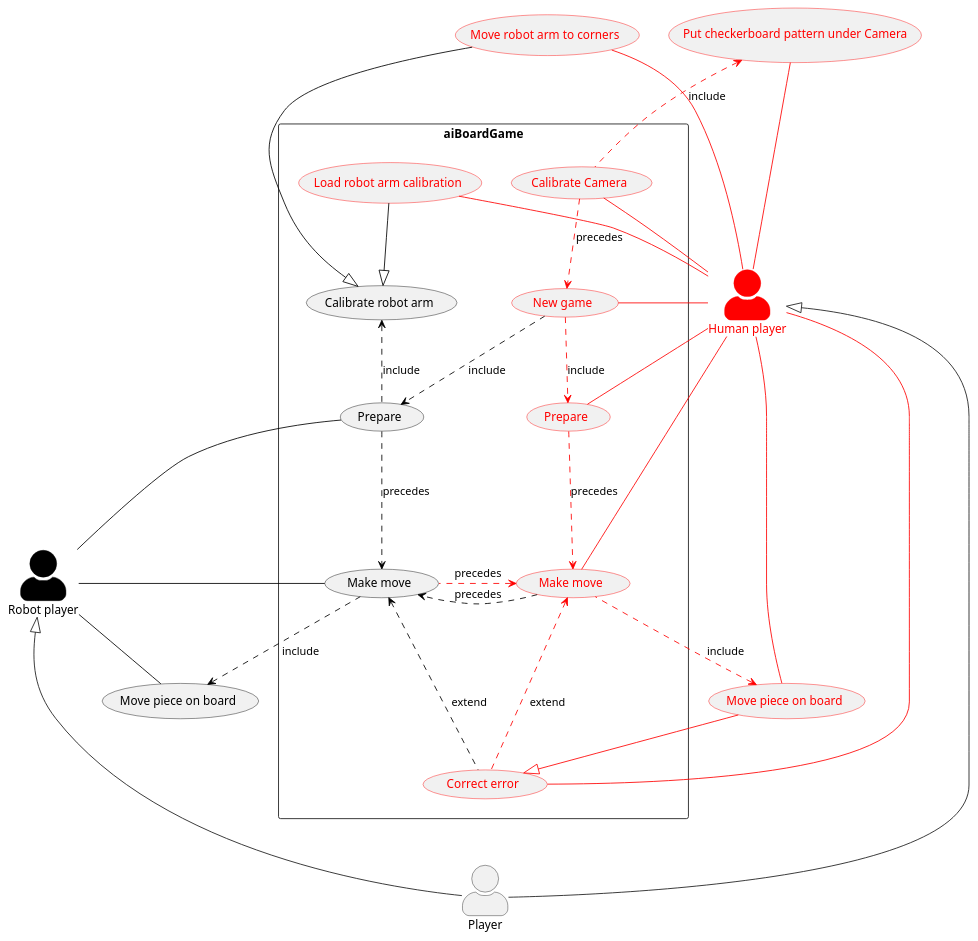
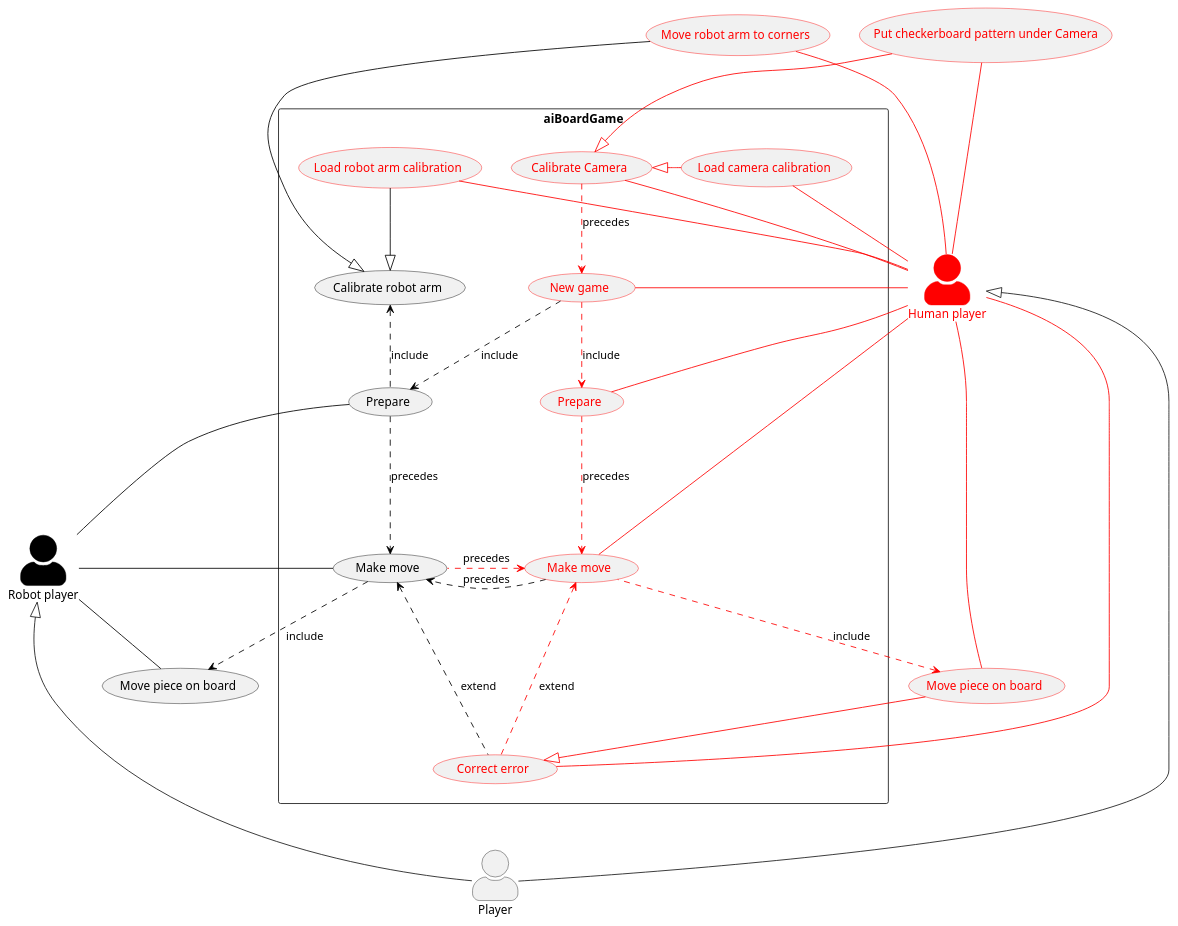
Before and after one commit to Menta25/AI-boardgame: the diagram in docs/uml/usecase.plantuml, drawn with PlantUML. The commit also changed 2 other files, not shown here.

```diff
--- a/docs/uml/usecase.plantuml
+++ b/docs/uml/usecase.plantuml
@@ -1,84 +1,87 @@
 @startuml Usecase Diagram
 
 skinparam actorStyle awesome
 ' left to right direction
 
 
 actor Player
 actor :Human player: as hp #red;line:red;text:red
 actor :Robot player: as rp #black;line:black;text:black
 
 Player -up-|> hp
 Player -up-|> rp
 
 
 usecase pcpuc as "Put checkerboard pattern under Camera" #line:red;text:red
 usecase mratc as "Move robot arm to corners" #line:red;text:red
 usecase mpob1 as "Move piece on board" #line:red;text:red
 usecase mpob2 as "Move piece on board" #line:black;text:black
 
 rectangle aiBoardGame {
+    usecase lcc as "Load camera calibration" #line:red;text:red
     usecase cc as "Calibrate Camera" #line:red;text:red
     usecase ng as "New game" #line:red;text:red
     usecase p1 as "Prepare" #line:red;text:red
     usecase p2 as "Prepare" #line:black;text:black
     usecase cra as "Calibrate robot arm" #line:black;text:black
     usecase lrac as "Load robot arm calibration" #line:red;text:red
     usecase mm1 as "Make move" #line:red;text:red
     usecase mm2 as "Make move" #line:black;text:black
     usecase ce as "Correct error" #line:red;text:red
 }
 
 ce -[hidden]down-> Player
 p1 -[hidden]right-> p2
 mm1 -[hidden]right-> mm2
 mratc -[hidden]down-> aiBoardGame
 cc -[hidden]right-> lrac
 ng -[hidden]right->cra
 mpob1 -[hidden]up-> mm1
 mpob2 -[hidden]left-> p2
 ce -[hidden]up-> rp
 ce -[hidden]up-> rp
 rp -[hidden]up-> cra
 hp -[hidden]right-> aiBoardGame
 
 
+hp -up- lcc #line:red
 hp -up- cc #line:red 
 hp -right- ng #line:red
 hp -right- p1 #line:red
 hp -up- lrac #line:red
 hp -up- pcpuc #line:red
 hp -up- mratc #line:red
 hp -right- mm1 #line:red
 hp -down- mpob1 #line:red
 hp -down- ce #line:red
 
 rp -left- p2 #line:black
 rp -left- mm2 #line:black
 rp -down- mpob2 #line:black
 
 
-cc .up.> pcpuc #line:red : include 
+cc <|-left- lcc #line:red
+cc <|-up- pcpuc #line:red
 cc .down.> ng #line:red : precedes
 ng .down.> p1 #line:red : include
 p1 .down..> mm1 #line:red : precedes
 mm1 .left.> mpob1 #line:red : include
 
 
 ng .down.> p2 #line:black : include
 p2 .up.> cra #line:black : include
 lrac -down-|> cra #line:black
 mratc -down-|> cra #line:black
 p2 .down.> mm2 #line:black : precedes
 mm2 .right.> mpob2 #line:black : include
 
 
 mm2 .left.> mm1 #line:red : precedes
 mm1 .right.> mm2 #line:black : precedes
 
 
 mpob1 -right-|> ce #line:red
 ce .up..> mm1 #line:red : extend
 ce .up.> mm2 #line:black : extend
 
 @enduml
```
